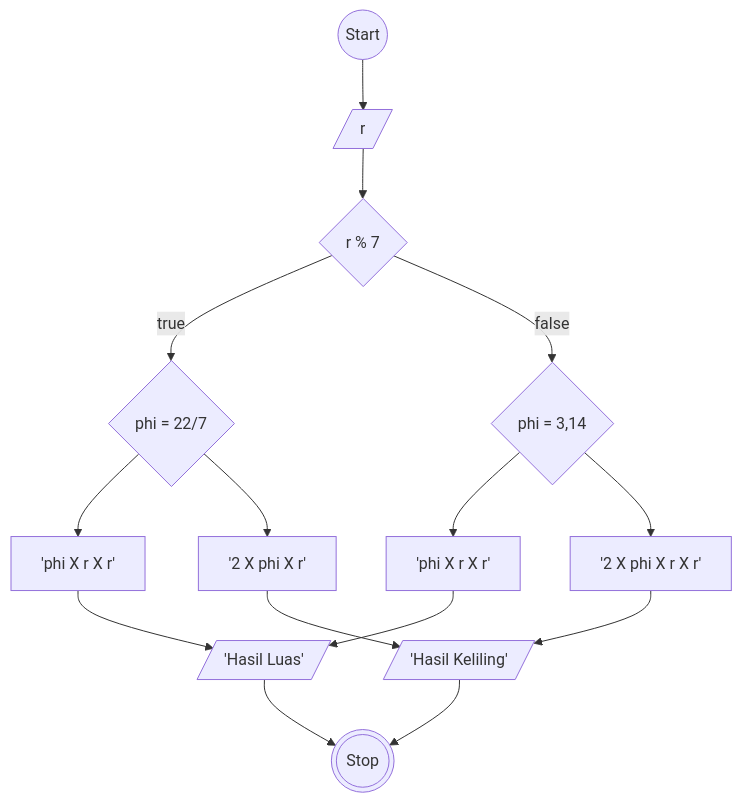
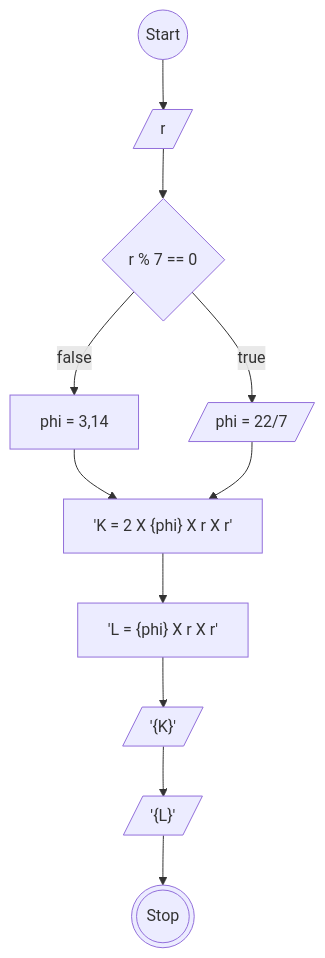
Before and after one commit to almarufh/Koda-B8-Algoritma: the diagram in Menghitung_luas&keliling.md, drawn with Mermaid.

````diff
--- a/Menghitung_luas&keliling.md
+++ b/Menghitung_luas&keliling.md
@@ -35,33 +35,30 @@
 ```mermaid
 flowchart TD
 A@{ shape: circle, label: "Start" }
 B@{ shape: lean-r, label: "r" }
-C@{ shape: diamond, label: "r % 7" }
-D@{ shape: rect, label: "'phi X r X r'"}
-E@{ shape: rect, label: "'2 X phi X r X r'"}
-F@{ shape: rect, label: "'phi X r X r'"}
-G@{ shape: rect, label: "'2 X phi X r'"}
-H@{ shape: diamond, label: "phi = 3,14"}
-I@{ shape: lean-r, label: "'Hasil Luas'" }
-J@{ shape: lean-r, label: "'Hasil Keliling'" }
+C@{ shape: diamond, label: "r % 7 == 0" }
+E@{ shape: rect, label: "'K = 2 X {phi} X r X r'"}
+F@{ shape: rect, label: "'L = {phi} X r X r'"}
+H@{ shape: rect, label: "phi = 3,14"}
+I@{ shape: lean-r, label: "'{L}'" }
+J@{ shape: lean-r, label: "'{K}'" }
 K@{ shape: dbl-circ, label: "Stop"}
-L@{ shape: diamond, label: "phi = 22/7" }
+L@{ shape: lean-r, label: "phi = 22/7" }
 
 A --> B
 B --> C
 C --true--> L
 C --false--> H
-L --> D
-L --> G
-H --> F
 H --> E
-F --> I
-D --> I
-G --> J
-E --> J
-J --> K
+L --> E
+E --> F
+F --> J
+J --> I
 I --> K
 
 
 
+
+
+
 ```
````
